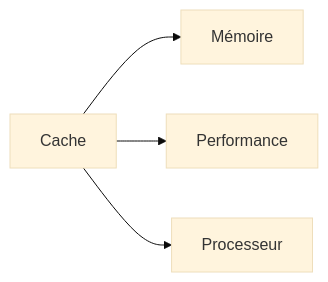
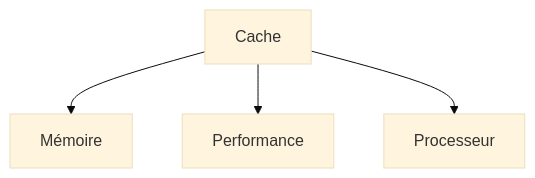
Before and after one commit to zyrass/omnydocs: the eighth of 38 diagrams in docs/glossaire/bases-fondamentales.md, drawn with Mermaid (base theme). The commit also changed other lines of this file and 1780 other files, not shown here.

````diff
--- a/docs/glossaire/bases-fondamentales.md
+++ b/docs/glossaire/bases-fondamentales.md
@@ -158,6 +192,6 @@
-    ```mermaid
-    graph LR
-        A[Cache] --> B[Mémoire]
-        A --> C[Performance]
-        A --> D[Processeur]
-    ```
+```mermaid
+graph TB
+    A[Cache] --> B[Mémoire]
+    A --> C[Performance]
+    A --> D[Processeur]
+```
````
